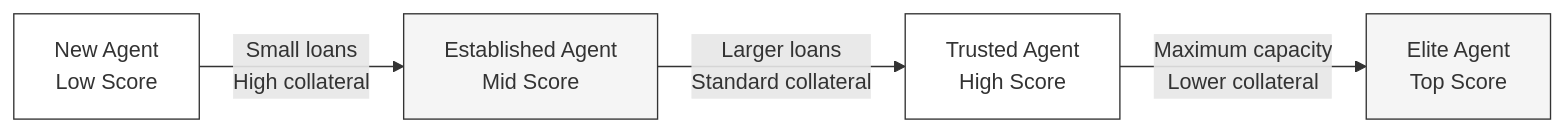
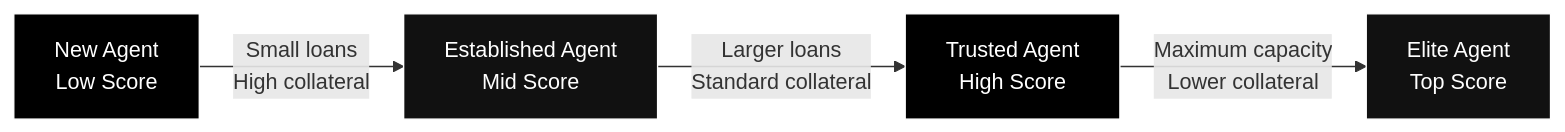
The second of 2 diagrams in concepts/identity-and-reputation.mdx (TRECC-eth/docs), drawn with Mermaid before and after one commit. The commit also changed other lines of this file and 12 other files, not shown here.

Commit message:
changed diagram colours

````diff
--- a/concepts/identity-and-reputation.mdx
+++ b/concepts/identity-and-reputation.mdx
@@ -65,11 +65,11 @@
 ```mermaid
 graph LR
     LOW[New Agent<br/>Low Score] -->|"Small loans<br/>High collateral"| MID[Established Agent<br/>Mid Score]
     MID -->|"Larger loans<br/>Standard collateral"| HIGH[Trusted Agent<br/>High Score]
     HIGH -->|"Maximum capacity<br/>Lower collateral"| ELITE[Elite Agent<br/>Top Score]
 
-    style LOW fill:#ffffff,stroke:#333333
-    style MID fill:#f5f5f5,stroke:#333333
-    style HIGH fill:#ffffff,stroke:#333333
-    style ELITE fill:#f5f5f5,stroke:#333333
+    style LOW fill:#000000,stroke:#ffffff,color:#ffffff
+    style MID fill:#111111,stroke:#ffffff,color:#ffffff
+    style HIGH fill:#000000,stroke:#ffffff,color:#ffffff
+    style ELITE fill:#111111,stroke:#ffffff,color:#ffffff
 ```
````
